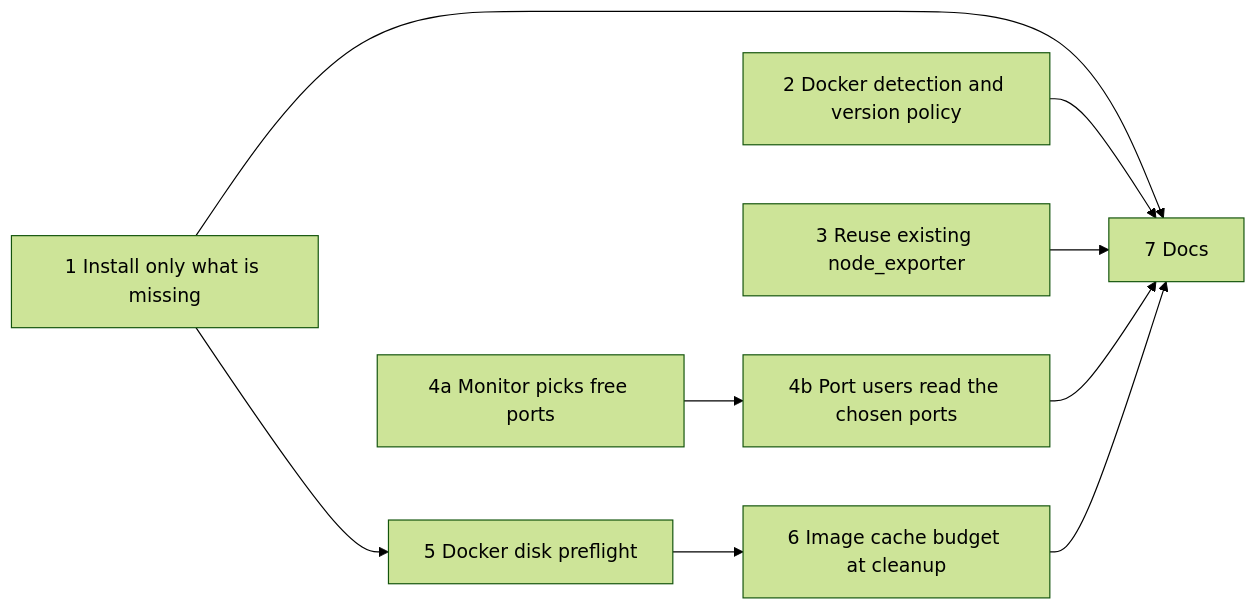
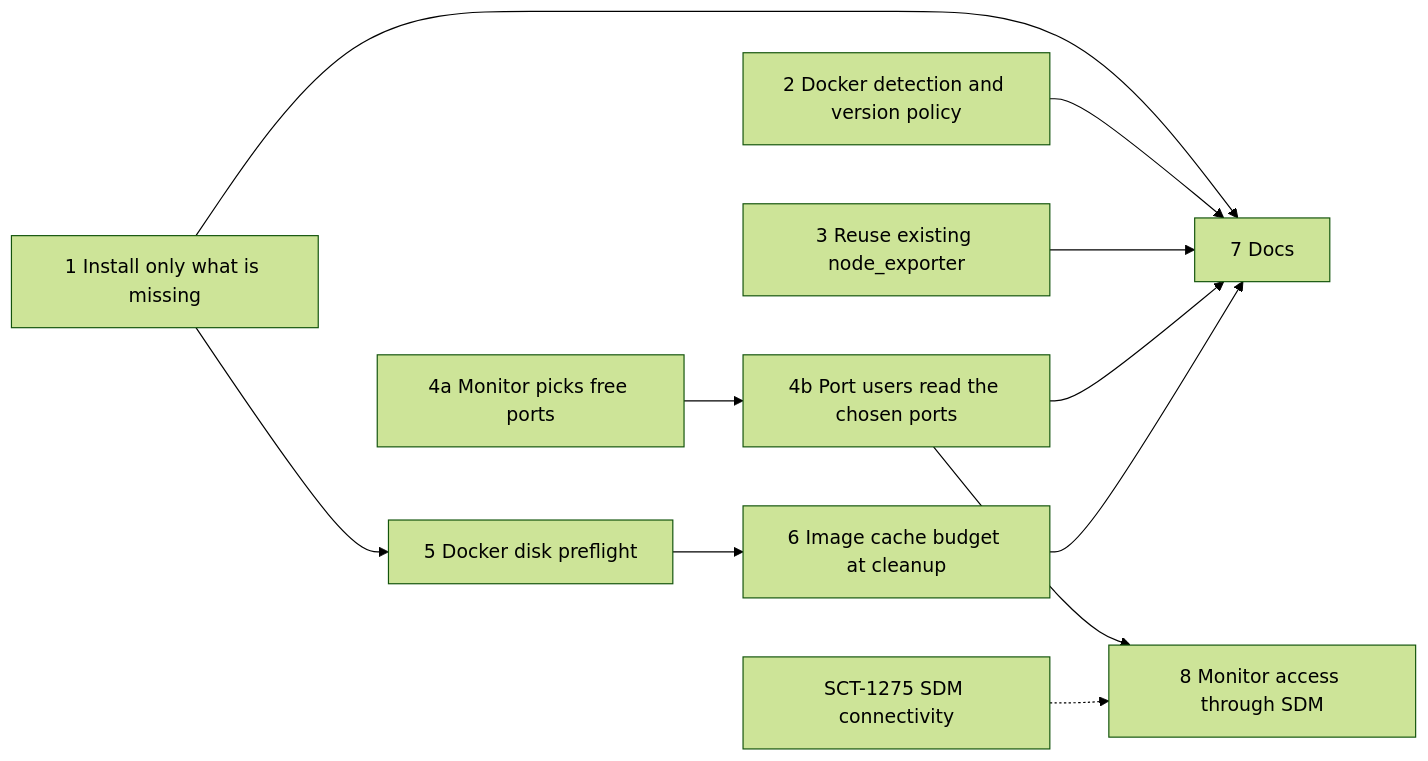
The diagram in docs/plans/infrastructure/baremetal-shared-host-setup.md (scylladb/scylla-cluster-tests), drawn with Mermaid (forest theme) before and after one commit. The commit also changed other lines of this file and 1 other file, not shown here.

First line of the commit message:
docs(plans): add SDM monitor access phase (SCT-1275) to the shared-host plan

````diff
--- a/docs/plans/infrastructure/baremetal-shared-host-setup.md
+++ b/docs/plans/infrastructure/baremetal-shared-host-setup.md
@@ -106,9 +114,11 @@
 ```mermaid
 graph LR
     P1["1 Install only what is missing"] --> P5["5 Docker disk preflight"]
     P2["2 Docker detection and version policy"]
     P3["3 Reuse existing node_exporter"]
     P4a["4a Monitor picks free ports"] --> P4b["4b Port users read the chosen ports"]
     P5 --> P6["6 Image cache budget at cleanup"]
     P1 & P2 & P3 & P4b & P6 --> P7["7 Docs"]
+    P4b --> P8["8 Monitor access through SDM"]
+    SCT1275["SCT-1275 SDM connectivity"] -.-> P8
 ```
````
